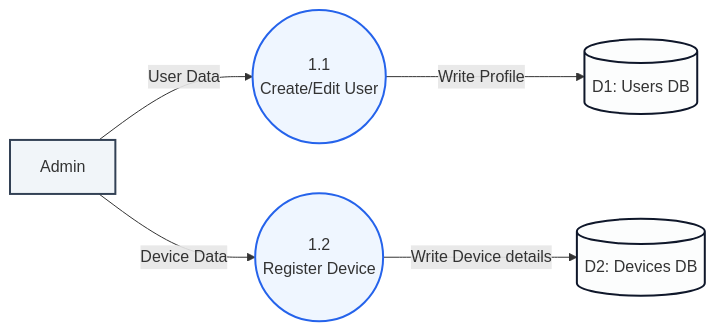
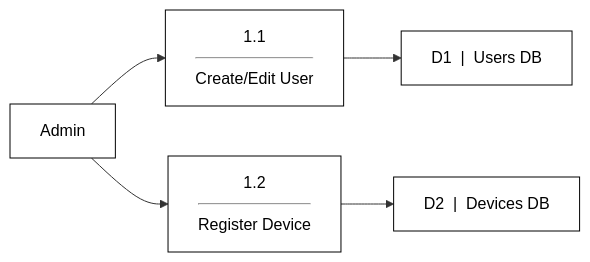
Before and after one commit to Touy2004/palm-back-end: the sixth of 13 diagrams in USER_MANUAL.md, drawn with Mermaid. The commit also changed other lines of this file and 6 other files, not shown here.

Commit message:
refactor: remove thermal data fields from service models and documentation and update system diagrams

````diff
--- a/USER_MANUAL.md
+++ b/USER_MANUAL.md
@@ -352,20 +352,20 @@
 ```mermaid
 flowchart LR
     Admin[Admin]:::entity
     
-    P1_1((1.1<br/>Create/Edit User)):::process
-    P1_2((1.2<br/>Register Device)):::process
+    P1_1["1.1<hr/>Create/Edit User"]:::process
+    P1_2["1.2<hr/>Register Device"]:::process
     
-    D1[(D1: Users DB)]:::datastore
-    D2[(D2: Devices DB)]:::datastore
+    D1["D1 &nbsp;|&nbsp; Users DB"]:::datastore
+    D2["D2 &nbsp;|&nbsp; Devices DB"]:::datastore
     
-    Admin -- "User Data" --> P1_1
-    Admin -- "Device Data" --> P1_2
+    Admin --> P1_1
+    Admin --> P1_2
     
-    P1_1 -- "Write Profile" --> D1
-    P1_2 -- "Write Device details" --> D2
+    P1_1 --> D1
+    P1_2 --> D2
 
-    classDef entity fill:#f1f5f9,stroke:#334155,stroke-width:2px,shape:rect
-    classDef process fill:#eff6ff,stroke:#2563eb,stroke-width:2px,shape:circle
-    classDef datastore fill:#fcfdfd,stroke:#0f172a,stroke-width:2px,shape:cylinder
+    classDef entity fill:#fff,stroke:#000,stroke-width:1px,shape:rect,color:#000
+    classDef process fill:#fff,stroke:#000,stroke-width:1px,shape:rect,color:#000
+    classDef datastore fill:#fff,stroke:#000,stroke-width:1px,shape:rect,color:#000
 ```
````
